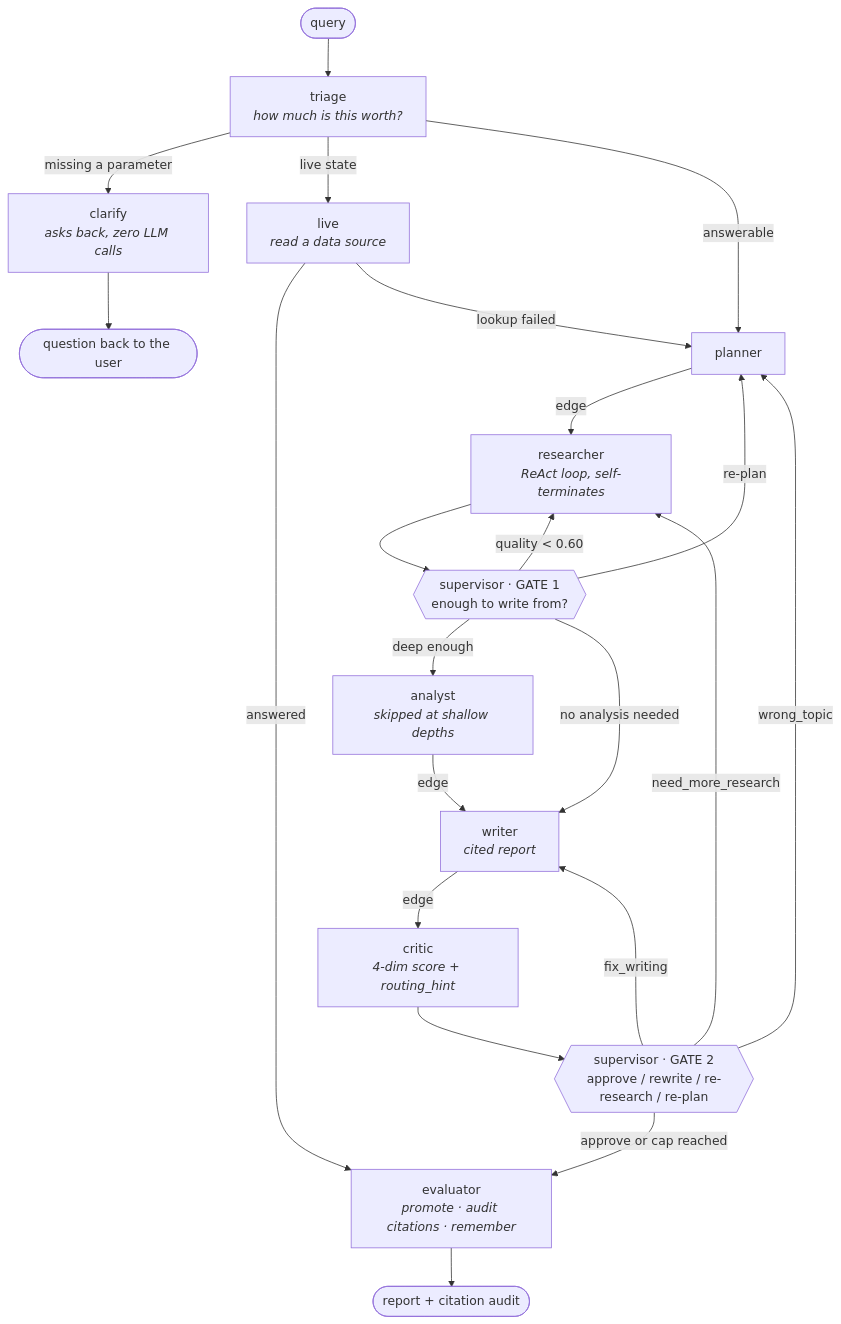
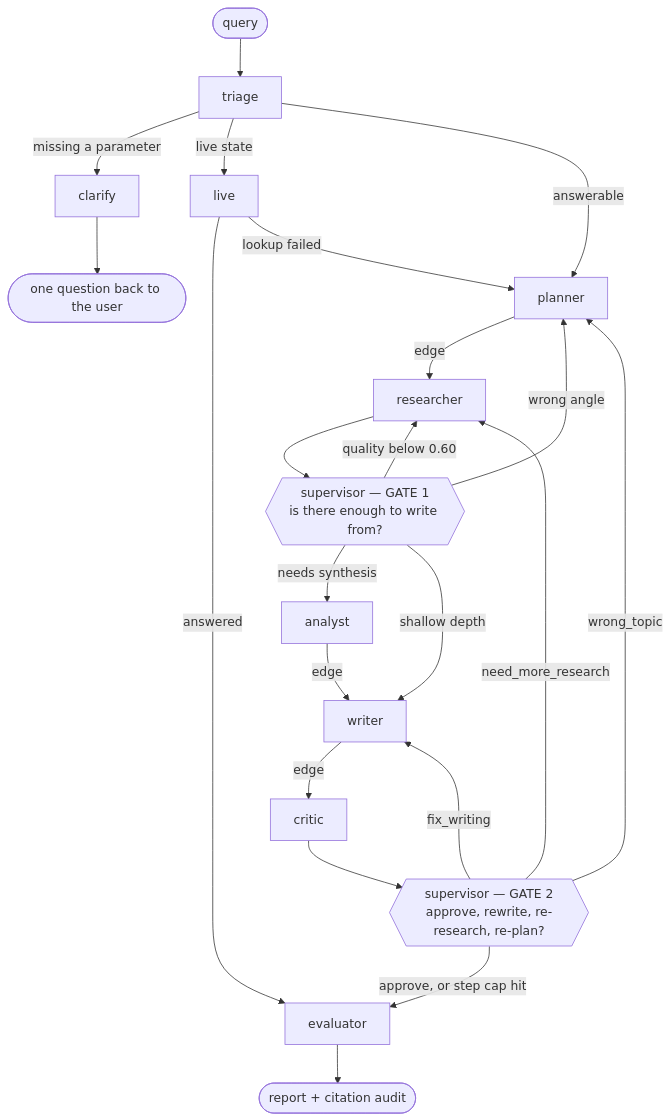
The second of 2 diagrams in README.md (Pankaj7079/Autonomous-Multi-Agent-Research-Intelligence-System), drawn with Mermaid before and after one commit. The commit also changed other lines of this file and 6 other files, not shown here.

````diff
--- a/README.md
+++ b/README.md
@@ -149,30 +155,30 @@
 ```mermaid
 flowchart TD
-    START([query]) --> TRI[triage<br/><i>how much is this worth?</i>]
+    START([query]) --> TRI[triage]
 
-    TRI -->|missing a parameter| CLA[clarify<br/><i>asks back, zero LLM calls</i>]
-    TRI -->|live state| LIV[live<br/><i>read a data source</i>]
+    TRI -->|missing a parameter| CLA[clarify]
+    TRI -->|live state| LIV[live]
     TRI -->|answerable| PLA[planner]
 
-    CLA --> ENDC([question back to the user])
+    CLA --> ENDC([one question back to the user])
     LIV -->|answered| EV
     LIV -->|lookup failed| PLA
 
-    PLA -->|edge| RES[researcher<br/><i>ReAct loop, self-terminates</i>]
-    RES --> SUP{{"supervisor · GATE 1<br/>enough to write from?"}}
+    PLA -->|edge| RES[researcher]
+    RES --> SUP{{"supervisor — GATE 1<br/>is there enough to write from?"}}
 
-    SUP -->|quality &lt; 0.60| RES
-    SUP -->|re-plan| PLA
-    SUP -->|deep enough| ANA[analyst<br/><i>skipped at shallow depths</i>]
-    SUP -->|no analysis needed| WRI
+    SUP -->|quality below 0.60| RES
+    SUP -->|wrong angle| PLA
+    SUP -->|needs synthesis| ANA[analyst]
+    SUP -->|shallow depth| WRI
 
-    ANA -->|edge| WRI[writer<br/><i>cited report</i>]
-    WRI -->|edge| CRI[critic<br/><i>4-dim score + routing_hint</i>]
-    CRI --> SUP2{{"supervisor · GATE 2<br/>approve / rewrite / re-research / re-plan"}}
+    ANA -->|edge| WRI[writer]
+    WRI -->|edge| CRI[critic]
+    CRI --> SUP2{{"supervisor — GATE 2<br/>approve, rewrite, re-research, re-plan?"}}
 
     SUP2 -->|need_more_research| RES
     SUP2 -->|fix_writing| WRI
     SUP2 -->|wrong_topic| PLA
-    SUP2 -->|approve or cap reached| EV[evaluator<br/><i>promote · audit citations · remember</i>]
+    SUP2 -->|approve, or step cap hit| EV[evaluator]
     EV --> OUT([report + citation audit])
 ```
````
